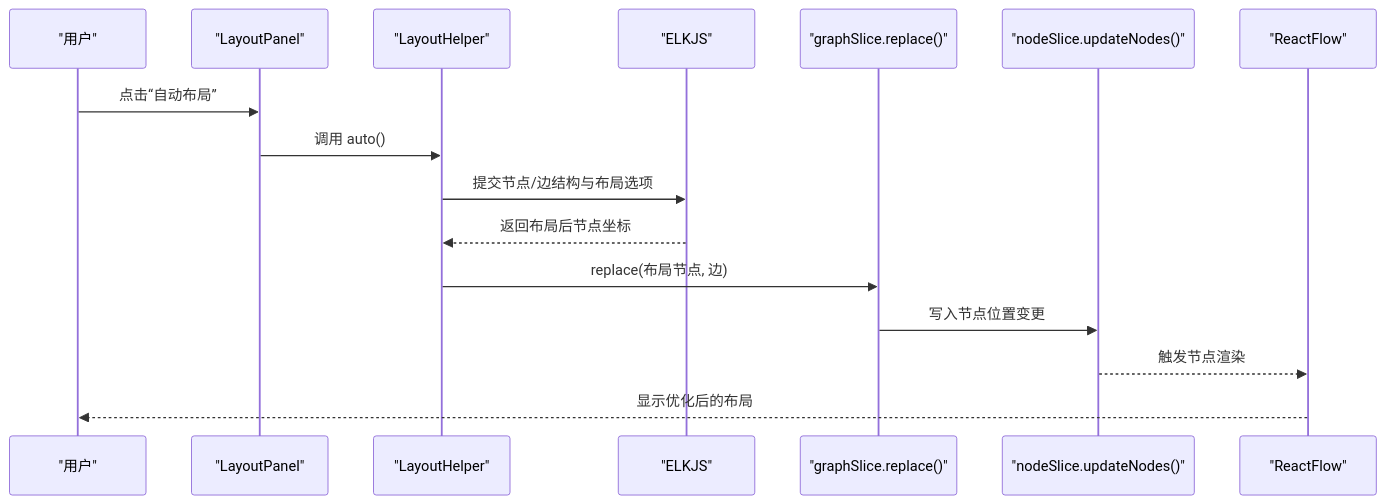
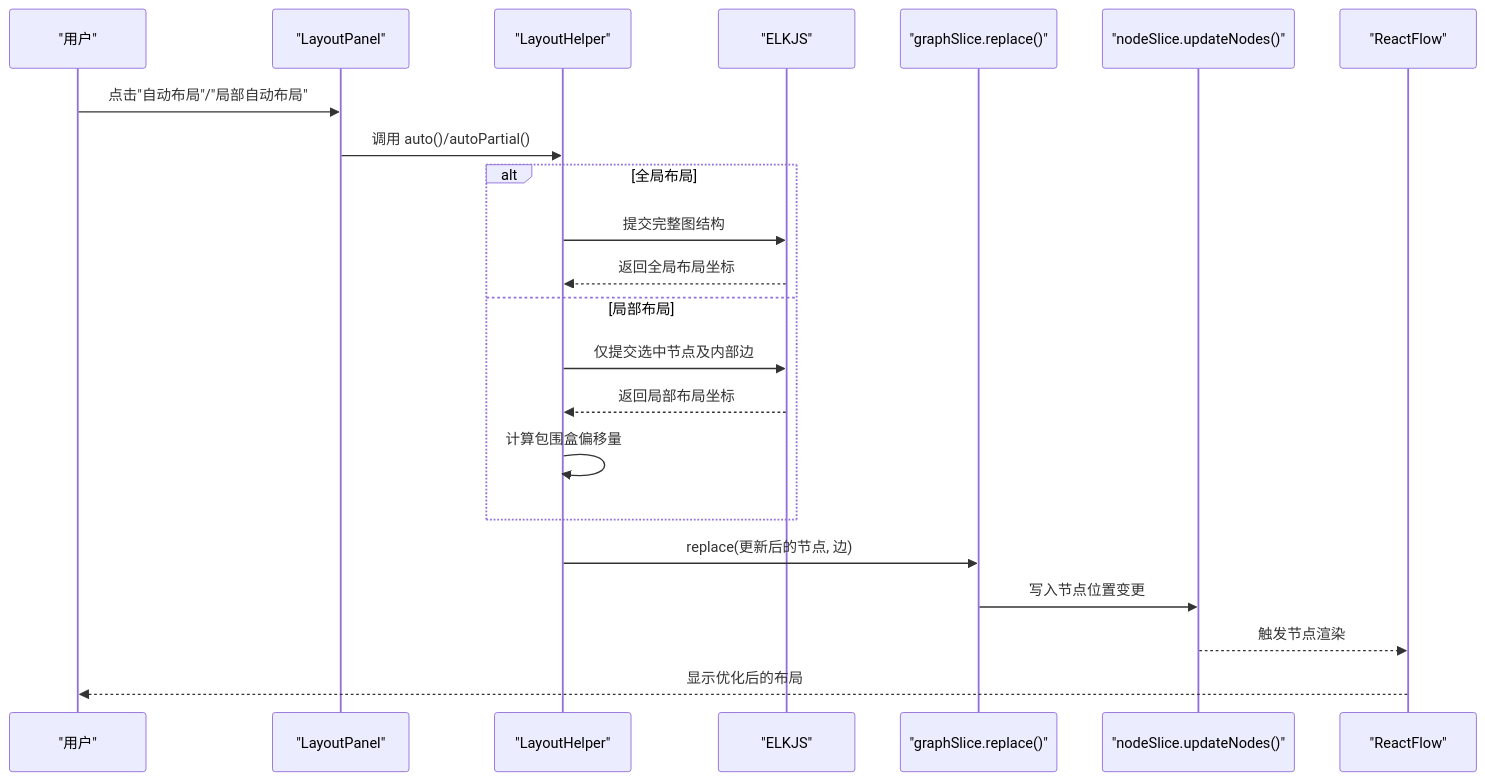
One commit to kqcoxn/MaaPipelineEditor changed the second of 8 diagrams in .qoder/repowiki/zh/content/用户界面/面板系统/工具面板/布局面板.md. Above: the diagram before and after it, drawn with Mermaid. The commit also changed other lines of this file and 35 other files, not shown here.

````diff
--- a/.qoder/repowiki/zh/content/用户界面/面板系统/工具面板/布局面板.md
+++ b/.qoder/repowiki/zh/content/用户界面/面板系统/工具面板/布局面板.md
@@ -106,18 +115,24 @@
 ```mermaid
 sequenceDiagram
 participant U as "用户"
 participant LP as "LayoutPanel"
 participant LH as "LayoutHelper"
 participant ELK as "ELKJS"
 participant GS as "graphSlice.replace()"
 participant NS as "nodeSlice.updateNodes()"
 participant RF as "ReactFlow"
-U->>LP : 点击“自动布局”
-LP->>LH : 调用 auto()
-LH->>ELK : 提交节点/边结构与布局选项
-ELK-->>LH : 返回布局后节点坐标
-LH->>GS : replace(布局节点, 边)
+U->>LP : 点击"自动布局"/"局部自动布局"
+LP->>LH : 调用 auto()/autoPartial()
+alt 全局布局
+LH->>ELK : 提交完整图结构
+ELK-->>LH : 返回全局布局坐标
+else 局部布局
+LH->>ELK : 仅提交选中节点及内部边
+ELK-->>LH : 返回局部布局坐标
+LH->>LH : 计算包围盒偏移量
+end
+LH->>GS : replace(更新后的节点, 边)
 GS->>NS : 写入节点位置变更
 NS-->>RF : 触发节点渲染
 RF-->>U : 显示优化后的布局
 ```
````
